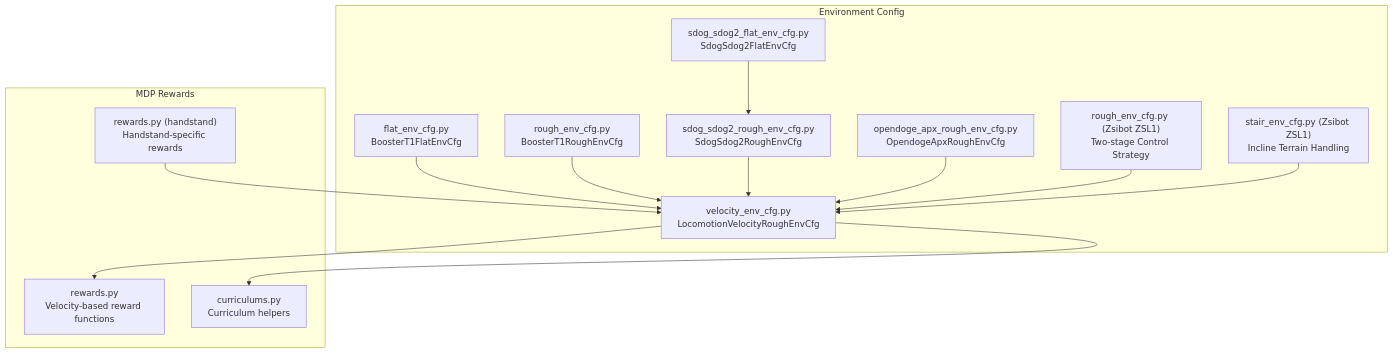
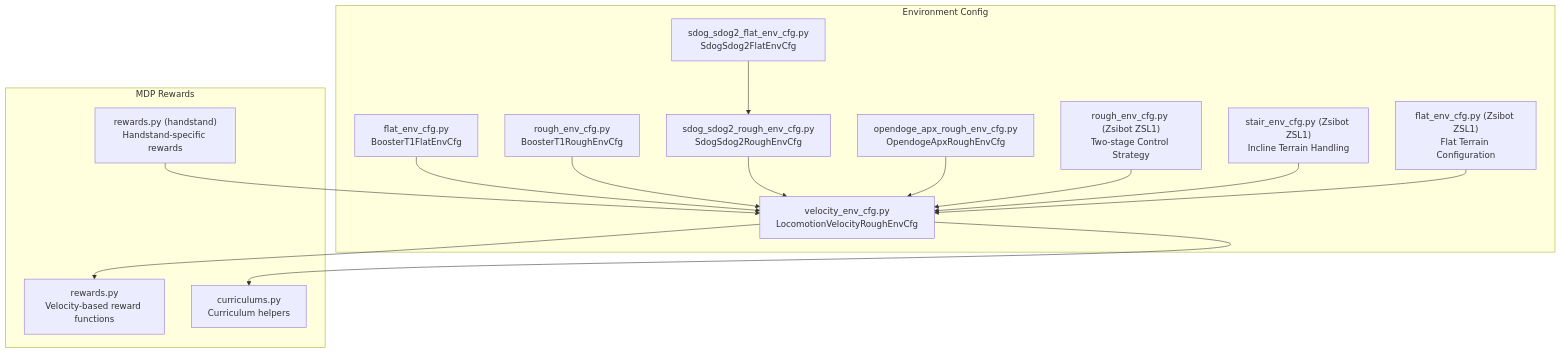
One commit to jayjayhust/robot_lab changed the first of 10 diagrams in .qoder/repowiki/en/content/Task Configuration Framework/Velocity-Based Locomotion Tasks/Reward Functions and Shaping.md. Above: the diagram before and after it, drawn with Mermaid. The commit also changed other lines of this file and 10 other files, not shown here.

````diff
--- a/.qoder/repowiki/en/content/Task Configuration Framework/Velocity-Based Locomotion Tasks/Reward Functions and Shaping.md
+++ b/.qoder/repowiki/en/content/Task Configuration Framework/Velocity-Based Locomotion Tasks/Reward Functions and Shaping.md
@@ -62,28 +64,30 @@
 ```mermaid
 graph TB
 subgraph "Environment Config"
 VCFG["velocity_env_cfg.py<br/>LocomotionVelocityRoughEnvCfg"]
 FCfg["flat_env_cfg.py<br/>BoosterT1FlatEnvCfg"]
 RCfg["rough_env_cfg.py<br/>BoosterT1RoughEnvCfg"]
 SdogCfg["sdog_sdog2_rough_env_cfg.py<br/>SdogSdog2RoughEnvCfg"]
 SdogFlat["sdog_sdog2_flat_env_cfg.py<br/>SdogSdog2FlatEnvCfg"]
 ApxCfg["opendoge_apx_rough_env_cfg.py<br/>OpendogeApxRoughEnvCfg"]
 ZSL1Rough["rough_env_cfg.py (Zsibot ZSL1)<br/>Two-stage Control Strategy"]
 ZSL1Stair["stair_env_cfg.py (Zsibot ZSL1)<br/>Incline Terrain Handling"]
+ZSL1Flat["flat_env_cfg.py (Zsibot ZSL1)<br/>Flat Terrain Configuration"]
 end
 subgraph "MDP Rewards"
 RImpl["rewards.py<br/>Velocity-based reward functions"]
 Cur["curriculums.py<br/>Curriculum helpers"]
 HS["rewards.py (handstand)<br/>Handstand-specific rewards"]
 end
 VCFG --> RImpl
 VCFG --> Cur
 FCfg --> VCFG
 RCfg --> VCFG
 SdogCfg --> VCFG
 SdogFlat --> SdogCfg
 ApxCfg --> VCFG
 ZSL1Rough --> VCFG
 ZSL1Stair --> VCFG
+ZSL1Flat --> VCFG
 HS --> VCFG
 ```
````
